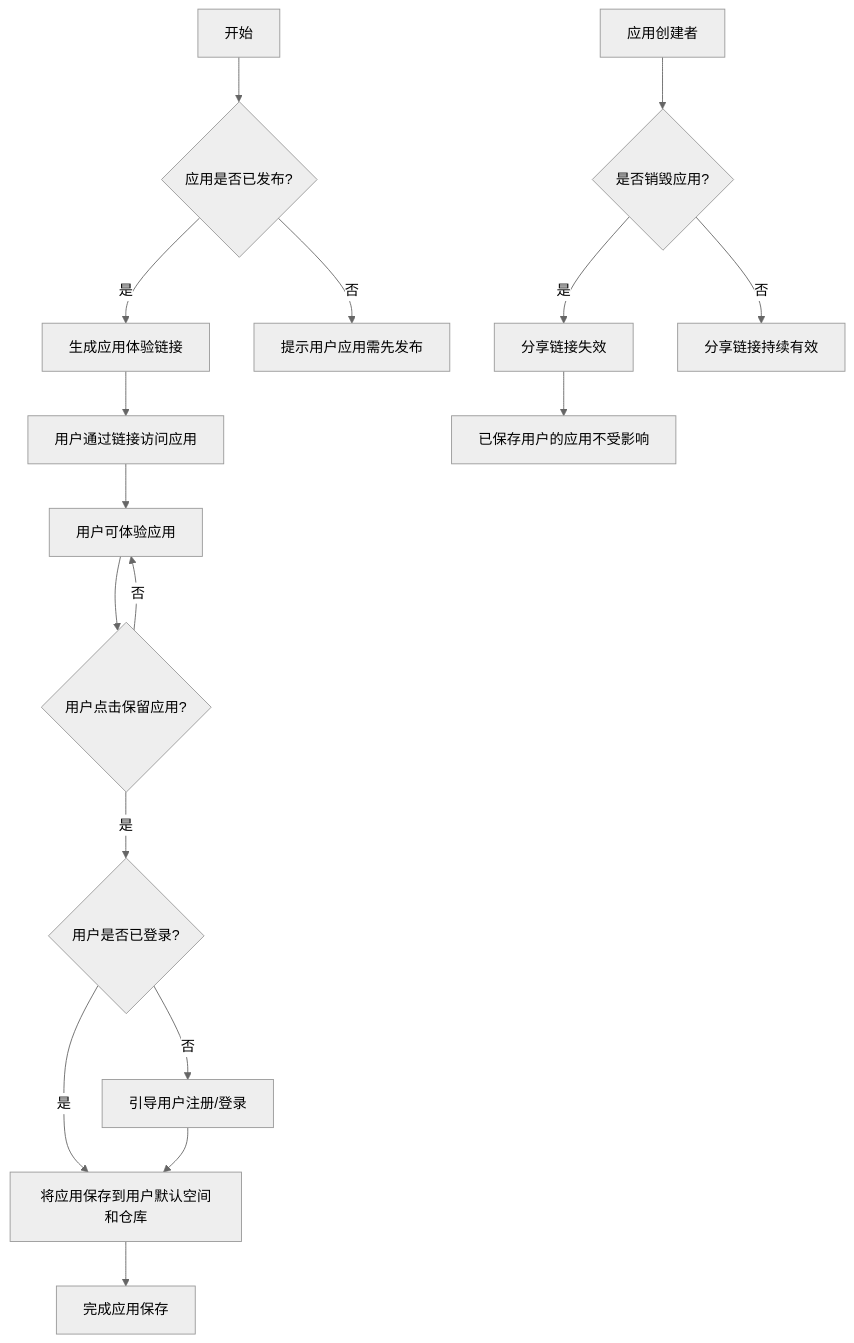
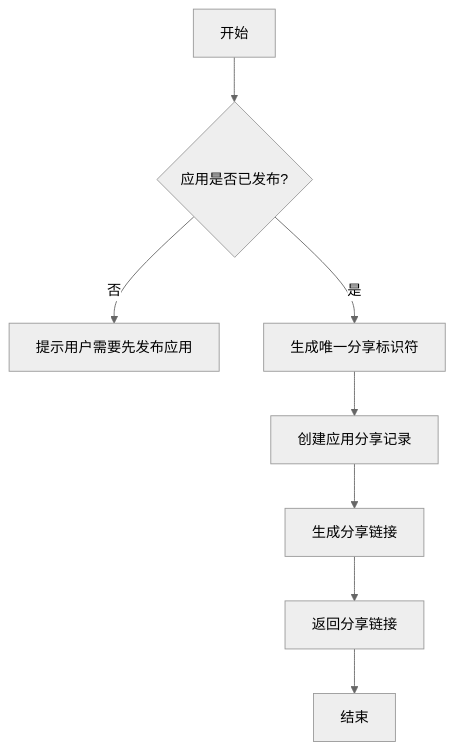
Before and after one commit to yingjianzh/iodraw-files: the diagram in all/未命名-64.md, drawn with Mermaid (neutral theme).

Commit message:
2025-05-21 18:28:33 update

````diff
--- a/all/未命名-64.md
+++ b/all/未命名-64.md
@@ -1,20 +1,10 @@
 ```mermaid
 flowchart TD
     A[开始] --> B{应用是否已发布?}
-    B -- 是 --> C[生成应用体验链接]
-    B -- 否 --> D[提示用户应用需先发布]
-    C --> E[用户通过链接访问应用]
-    E --> F[用户可体验应用]
-    F --> G{用户点击保留应用?}
-    G -- 是 --> H{用户是否已登录?}
-    G -- 否 --> F
-    H -- 是 --> J[将应用保存到用户默认空间和仓库]
-    H -- 否 --> I[引导用户注册/登录]
-    I --> J
-    J --> K[完成应用保存]
-    
-    L[应用创建者] --> M{是否销毁应用?}
-    M -- 是 --> N[分享链接失效]
-    M -- 否 --> O[分享链接持续有效]
-    N --> P[已保存用户的应用不受影响]
+    B -->|否| C[提示用户需要先发布应用]
+    B -->|是| D[生成唯一分享标识符]
+    D --> E[创建应用分享记录]
+    E --> F[生成分享链接]
+    F --> G[返回分享链接]
+    G --> H[结束]
 ```
````
